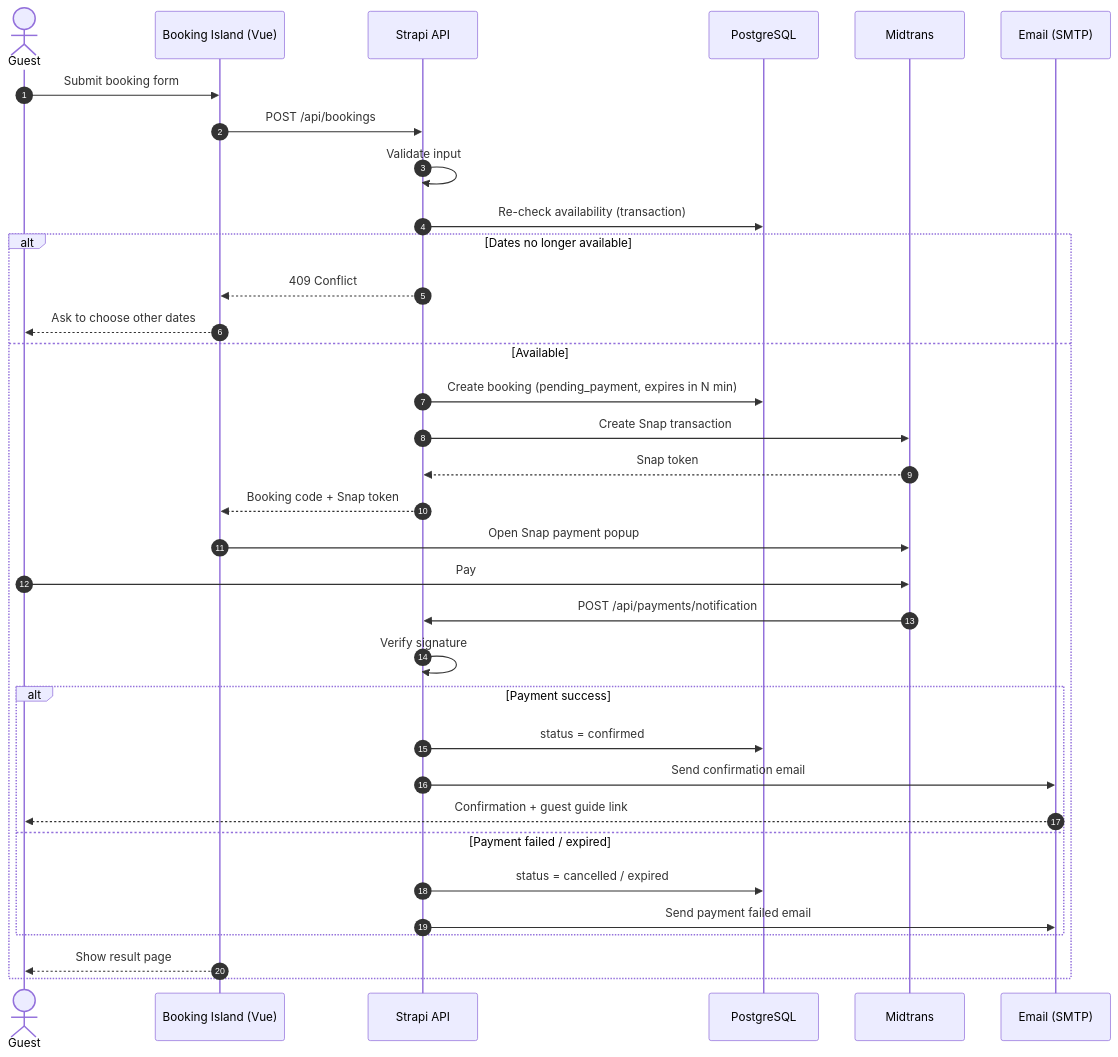
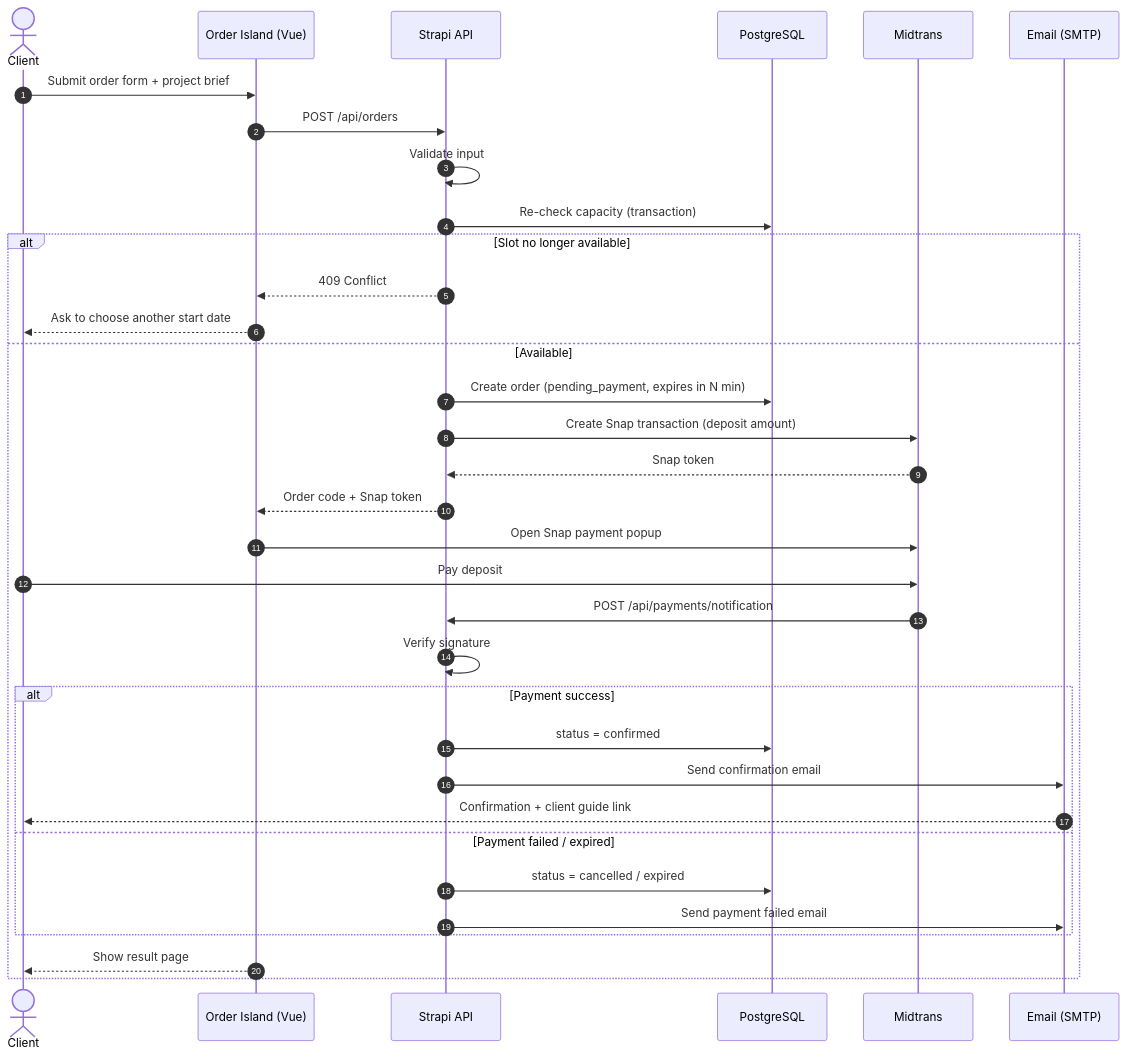
The fifth of 9 diagrams in docs/flows.md (AnggaWikaNugraha/fullstack-company-profile), drawn with Mermaid before and after one commit. The commit also changed other lines of this file and 6 other files, not shown here.

````diff
--- a/docs/flows.md
+++ b/docs/flows.md
@@ -140,37 +145,37 @@
 ```mermaid
 sequenceDiagram
     autonumber
-    actor G as Guest
-    participant W as Booking Island (Vue)
+    actor C as Client
+    participant W as Order Island (Vue)
     participant S as Strapi API
     participant DB as PostgreSQL
     participant M as Midtrans
     participant E as Email (SMTP)
 
-    G->>W: Submit booking form
-    W->>S: POST /api/bookings
+    C->>W: Submit order form + project brief
+    W->>S: POST /api/orders
     S->>S: Validate input
-    S->>DB: Re-check availability (transaction)
-    alt Dates no longer available
+    S->>DB: Re-check capacity (transaction)
+    alt Slot no longer available
         S-->>W: 409 Conflict
-        W-->>G: Ask to choose other dates
+        W-->>C: Ask to choose another start date
     else Available
-        S->>DB: Create booking (pending_payment, expires in N min)
-        S->>M: Create Snap transaction
+        S->>DB: Create order (pending_payment, expires in N min)
+        S->>M: Create Snap transaction (deposit amount)
         M-->>S: Snap token
-        S-->>W: Booking code + Snap token
+        S-->>W: Order code + Snap token
         W->>M: Open Snap payment popup
-        G->>M: Pay
+        C->>M: Pay deposit
         M->>S: POST /api/payments/notification
         S->>S: Verify signature
         alt Payment success
             S->>DB: status = confirmed
             S->>E: Send confirmation email
-            E-->>G: Confirmation + guest guide link
+            E-->>C: Confirmation + client guide link
         else Payment failed / expired
             S->>DB: status = cancelled / expired
             S->>E: Send payment failed email
         end
-        W-->>G: Show result page
+        W-->>C: Show result page
     end
 ```
````
